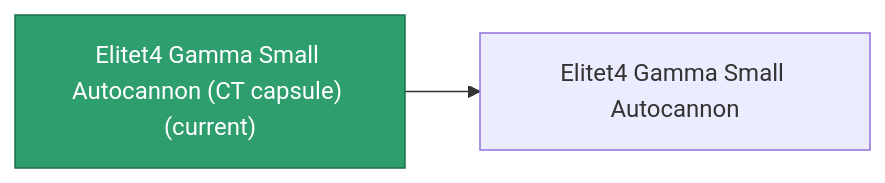
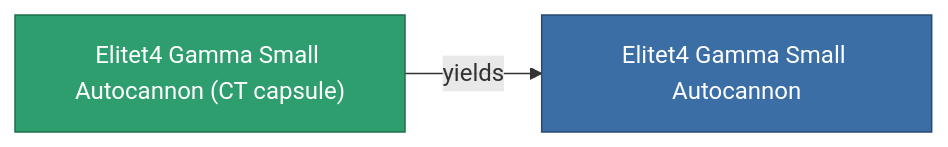
One commit to OpenPerpetuum/Wiki changed the diagram in content/content/items/elitet4_gamma_small_autocannon_CT_capsule.md. Above: the diagram before and after it, drawn with Mermaid. The commit also changed other lines of this file and 2015 other files, not shown here.

````diff
--- a/content/content/items/elitet4_gamma_small_autocannon_CT_capsule.md
+++ b/content/content/items/elitet4_gamma_small_autocannon_CT_capsule.md
@@ -33,8 +33,9 @@
 ```mermaid
 graph LR
-    a["Elitet4 Gamma Small Autocannon (CT capsule) (current)"]:::current
-    b["Elitet4 Gamma Small Autocannon"]
-    a --> b
-    click b "/content/items/elitet4-gamma-small-autocannon/" "Elitet4 Gamma Small Autocannon"
+    a["Elitet4 Gamma Small Autocannon (CT capsule)"]:::current
+    b["Elitet4 Gamma Small Autocannon"]:::finished
+    a -->|yields| b
+                click b "/content/items/elitet4-gamma-small-autocannon/" "Elitet4 Gamma Small Autocannon"
     classDef current fill:#2f9e6f,stroke:#1f6f4a,color:#ffffff
+    classDef finished fill:#3b6ea5,stroke:#274a75,color:#ffffff
 ```
````
